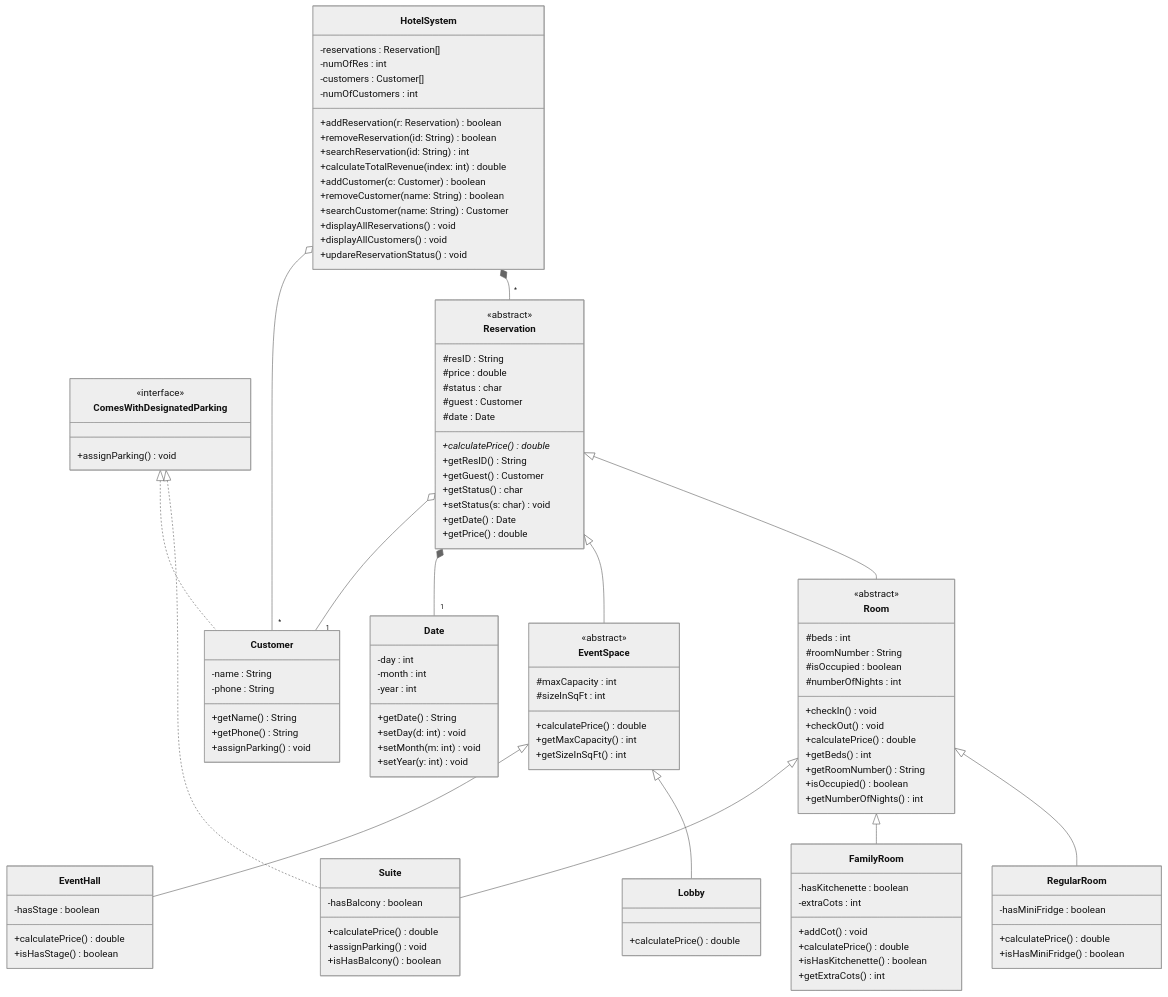
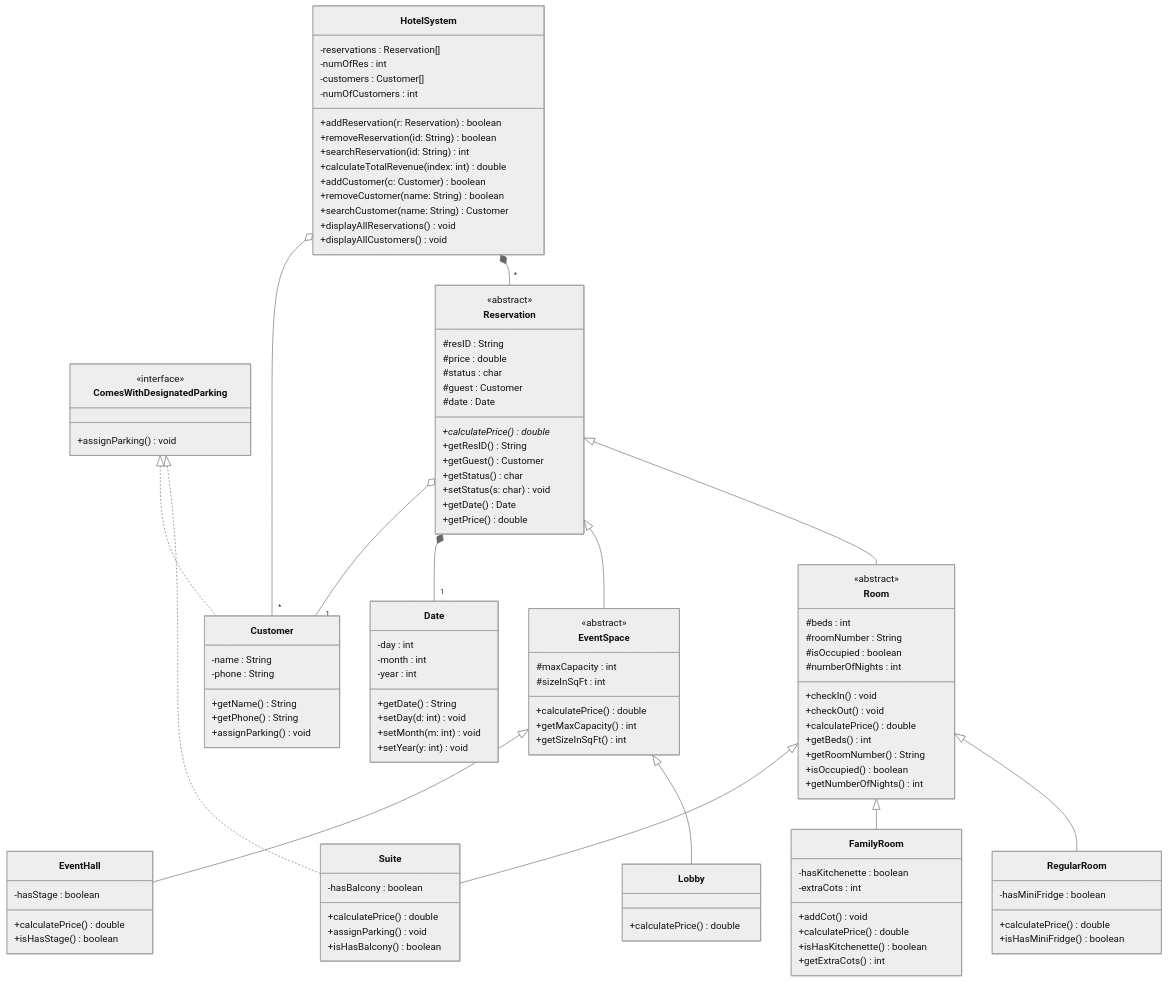
Before and after one commit to i1SaSa/113CSC-HotelProject: the diagram in README.md, drawn with Mermaid (neutral theme).

Commit message:
Fix typo in method name in README

```diff
--- a/README.md
+++ b/README.md
@@ -25,7 +25,6 @@
         +searchCustomer(name: String) Customer
         +displayAllReservations() void
         +displayAllCustomers() void
-        +updareReservationStatus() void
 
     }
 
```
